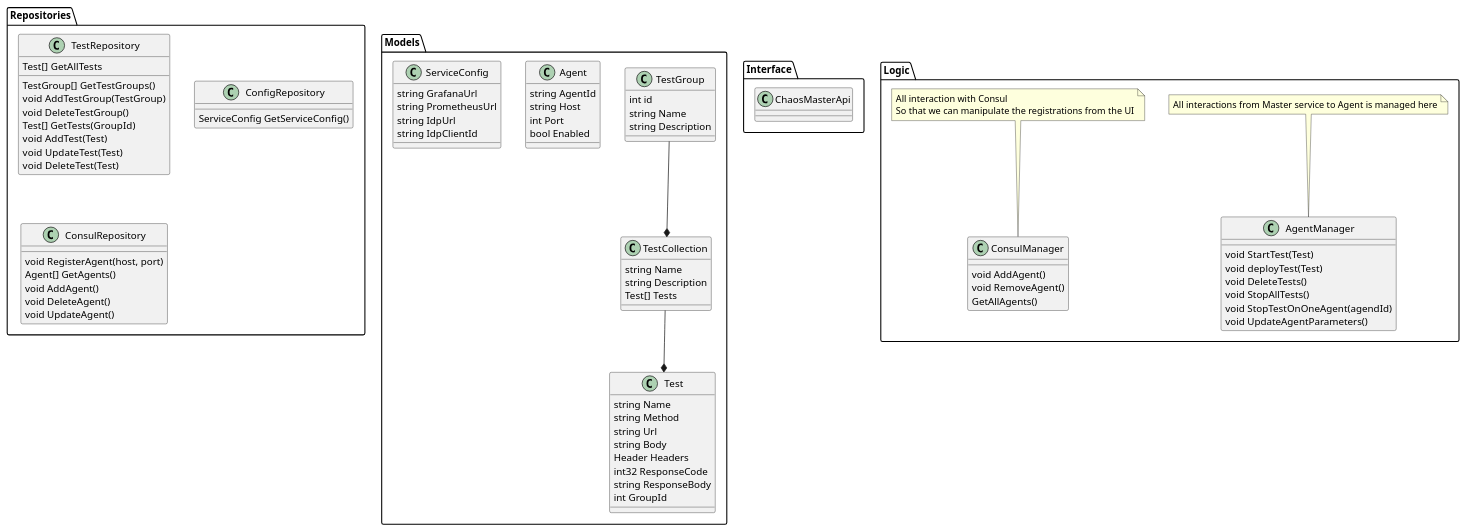
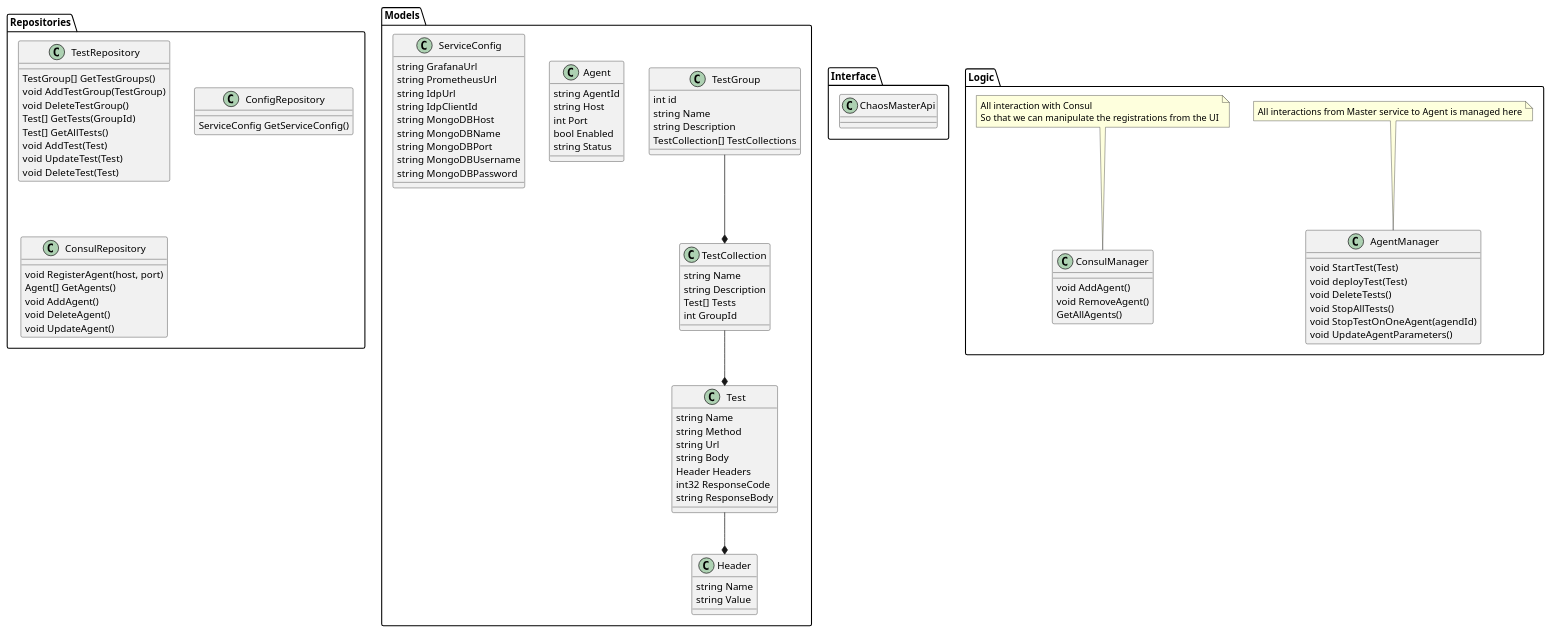
One commit to Mallekoppie/ChaosAgent changed the diagram in Design/master-classes.wsd. Above: the diagram before and after it, drawn with PlantUML. The commit also changed 12 other files, not shown here.

```diff
--- a/Design/master-classes.wsd
+++ b/Design/master-classes.wsd
@@ -1,110 +1,127 @@
 @startuml
 
 package Models {
     class TestGroup {
-    int id
-    string Name
-    string Description
+        int id
+        string Name
+        string Description
+        TestCollection[] TestCollections
+    }
+
+    class Header {
+        string Name
+        string Value
     }
 
     class "Test"  {
         string Name
         string Method
         string Url
         string Body
         Header Headers
         int32 ResponseCode
         string ResponseBody
-        int GroupId
+        
     }
+
+    Test --* Header
 
     class TestCollection {
         string Name
         string Description
         Test[] Tests
+        int GroupId
     }
 
     TestCollection --* Test
 
     TestGroup --* TestCollection
 
     class Agent {
         string AgentId
         string Host
         int Port
         bool Enabled
+        string Status
     }
 
     class ServiceConfig {
         string GrafanaUrl
         string PrometheusUrl
         string IdpUrl
         string IdpClientId
+        string MongoDBHost
+        string MongoDBName
+        string MongoDBPort
+        string MongoDBUsername
+        string MongoDBPassword
     }
+
+
 }
 
 package Repositories {
     class TestRepository {
         TestGroup[] GetTestGroups()
         void AddTestGroup(TestGroup)
         void DeleteTestGroup()
         Test[] GetTests(GroupId)
-        Test[] GetAllTests
+        Test[] GetAllTests()
         void AddTest(Test)
         void UpdateTest(Test)
         void DeleteTest(Test)
     }
 
     class ConfigRepository {        
         ServiceConfig GetServiceConfig()
     }
 
     class ConsulRepository {
         void RegisterAgent(host, port)
         Agent[] GetAgents()
         void AddAgent()
         void DeleteAgent()
         void UpdateAgent()
     }
 }
 
 package Interface {
     class ChaosMasterApi {
 
     }
 }
 
 package Logic {
     class AgentManager {
         void StartTest(Test)
         void deployTest(Test)
         void DeleteTests()
         void StopAllTests()
         void StopTestOnOneAgent(agendId)
         void UpdateAgentParameters()
 
     }
 
     note as NAgentManager
         All interactions from Master service to Agent is managed here
     end note
 
     NAgentManager .. AgentManager
 
     class ConsulManager {
         void AddAgent()
         void RemoveAgent()
         GetAllAgents()
     }
 
     note as NConsul
         All interaction with Consul
         So that we can manipulate the registrations from the UI
     end note 
 
     NConsul .. ConsulManager
 }
 
 
 
 @enduml
```
